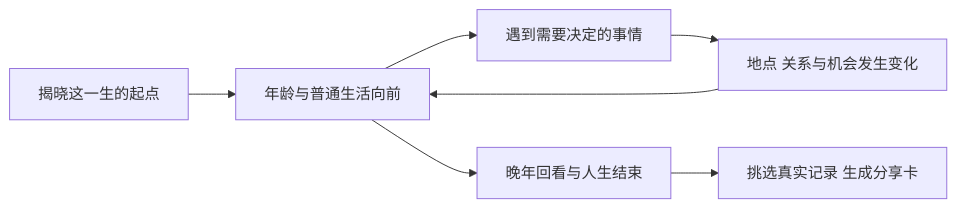
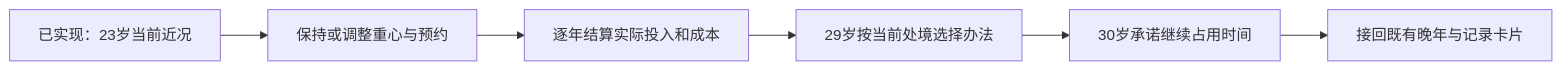
One commit to yuki-uix/life-sim-product-study changed the diagram in docs/china-life-mvp.md. Above: the diagram before and after it, drawn with Mermaid. The commit also changed other lines of this file and 18 other files, not shown here.

````diff
--- a/docs/china-life-mvp.md
+++ b/docs/china-life-mvp.md
@@ -15,9 +15,8 @@
 ```mermaid
 flowchart LR
-    A[揭晓这一生的起点] --> B[年龄与普通生活向前]
-    B --> C[遇到需要决定的事情]
-    C --> D[地点 关系与机会发生变化]
-    D --> B
-    B --> E[晚年回看与人生结束]
-    E --> F[挑选真实记录 生成分享卡]
+    A[已实现：23岁当前近况] --> B[保持或调整重心与预约]
+    B --> C[逐年结算实际投入和成本]
+    C --> D[29岁按当前处境选择办法]
+    D --> E[30岁承诺继续占用时间]
+    E --> F[接回既有晚年与记录卡片]
 ```
````
